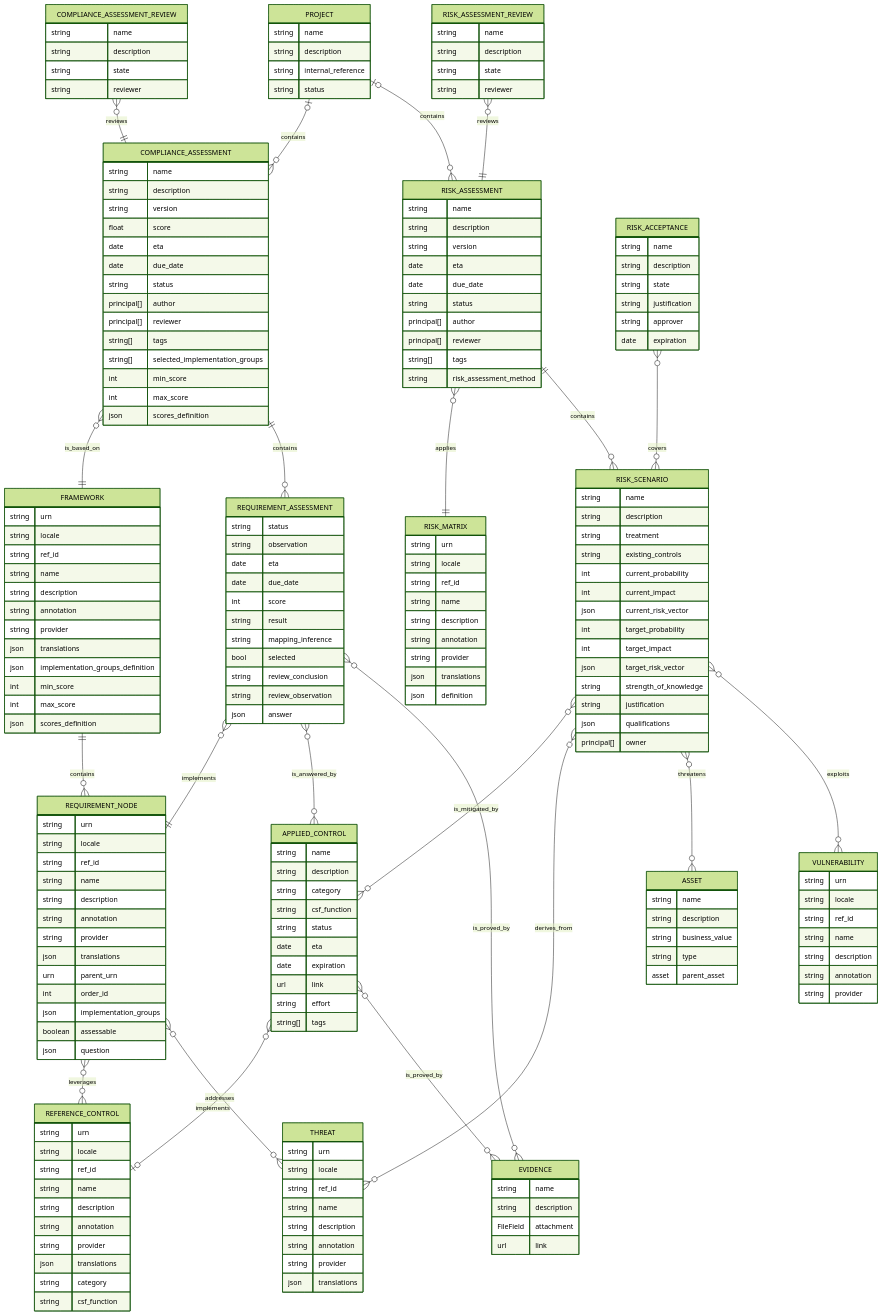
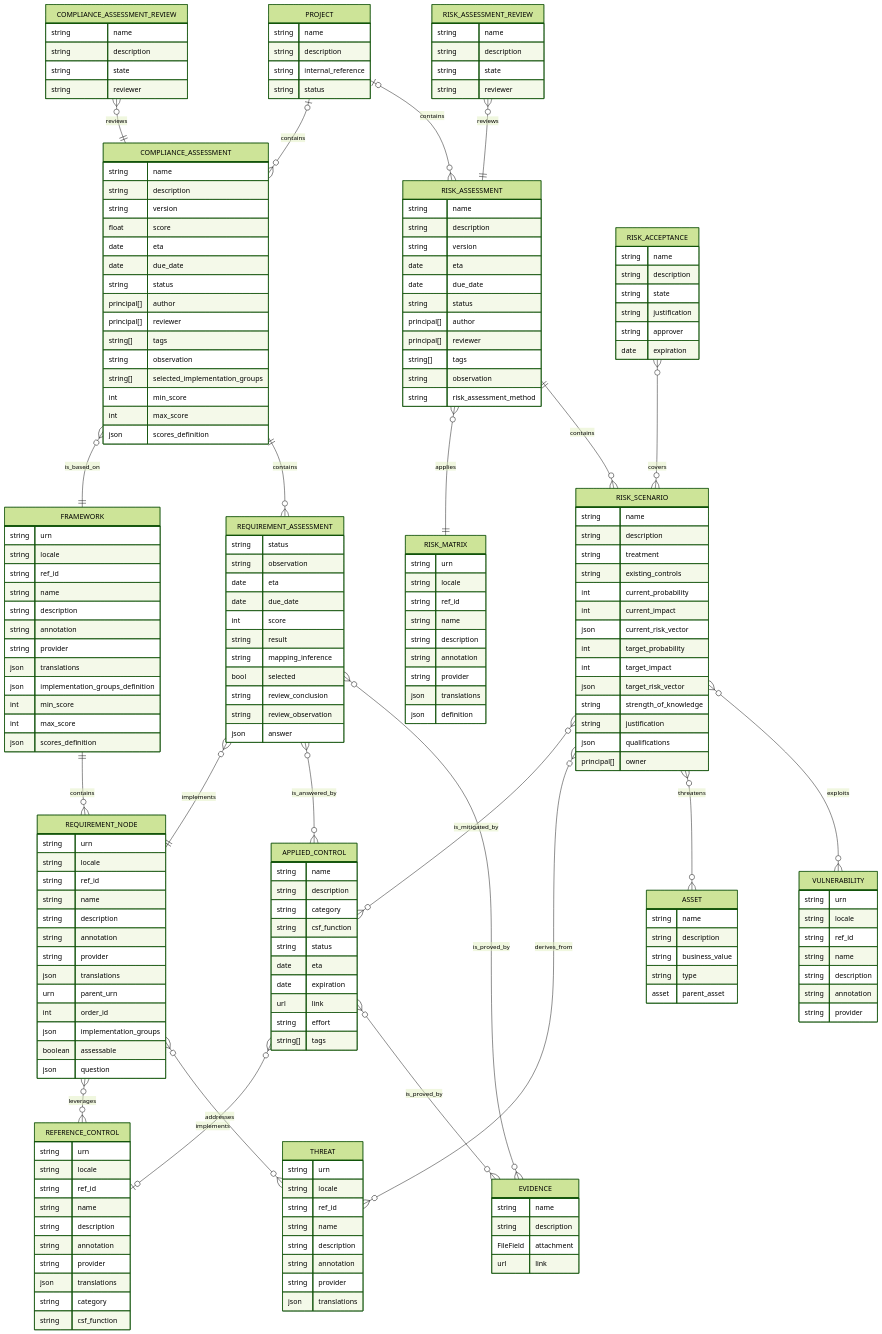
One commit to intuitem/ciso-assistant-community changed the fourth of 9 diagrams in documentation/architecture/data-model.md. Above: the diagram before and after it, drawn with Mermaid (forest theme). The commit also changed other lines of this file, not shown here.

```diff
--- a/documentation/architecture/data-model.md
+++ b/documentation/architecture/data-model.md
@@ -145,6 +145,8 @@
         principal[] author
         principal[] reviewer
         string[]    tags
+        string      observation
+
         string[]    selected_implementation_groups
         int     min_score
         int     max_score
@@ -162,6 +164,7 @@
         principal[] author
         principal[] reviewer
         string[]    tags
+        string      observation
 
         string      risk_assessment_method
     }
```
